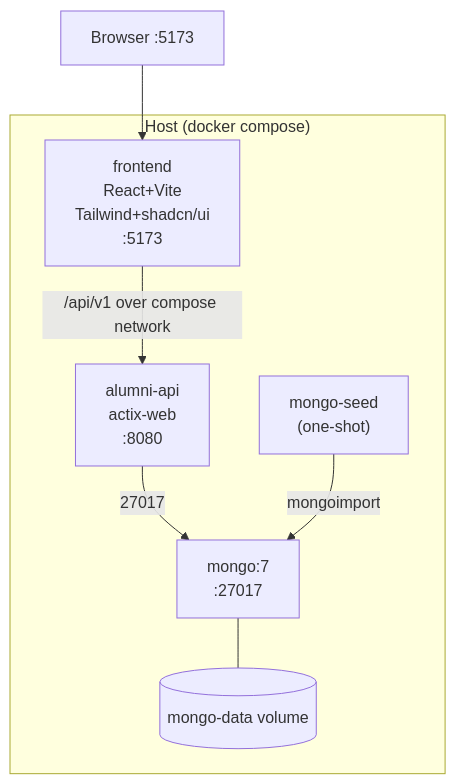
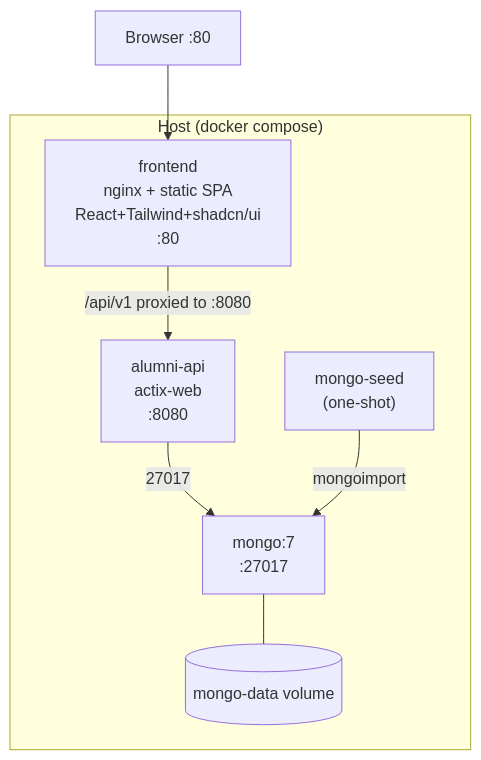
Before and after one commit to Berbadov/alumni: the diagram in docs/architecture/container.mmd, drawn with Mermaid. The commit also changed 18 other files, not shown here.

```diff
--- a/docs/architecture/container.mmd
+++ b/docs/architecture/container.mmd
@@ -1,15 +1,15 @@
 %% Docker compose containers, ports and volumes
 flowchart TB
     subgraph Host["Host (docker compose)"]
-        FE["frontend\nReact+Vite\nTailwind+shadcn/ui\n:5173"]
+        FE["frontend\nnginx + static SPA\nReact+Tailwind+shadcn/ui\n:80"]
         API["alumni-api\nactix-web\n:8080"]
         Seed["mongo-seed\n(one-shot)"]
         DB["mongo:7\n:27017"]
         Vol[("mongo-data volume")]
     end
 
-    Browser["Browser :5173"] --> FE
-    FE -->|/api/v1 over compose network| API
+    Browser["Browser :80"] --> FE
+    FE -->|"/api/v1 proxied to :8080"| API
     API -->|27017| DB
     Seed -->|mongoimport| DB
     DB --- Vol
```
